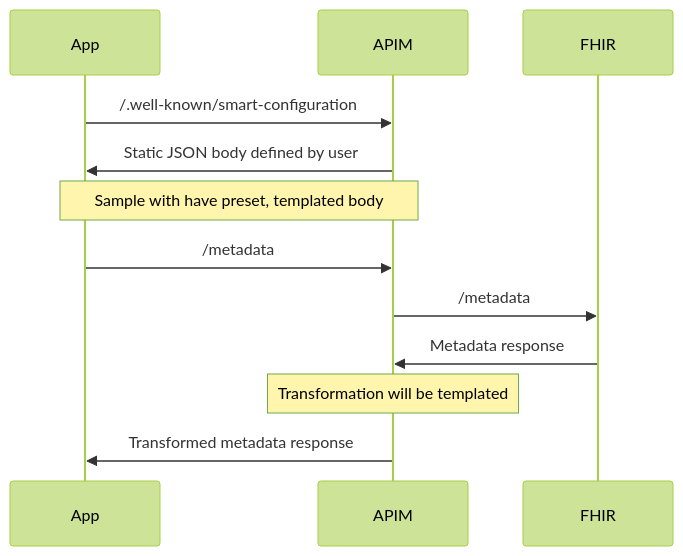
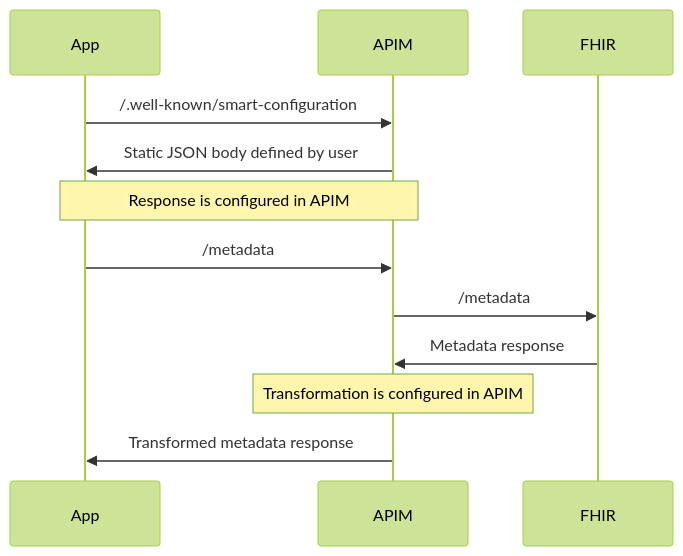
The first of 4 diagrams in samples/smart/docs/technical-guide.md (microsoft/fhir-server), drawn with Mermaid (forest theme) before and after one commit. The commit also changed other lines of this file and 8 other files, not shown here.

````diff
--- a/samples/smart/docs/technical-guide.md
+++ b/samples/smart/docs/technical-guide.md
@@ -41,14 +45,14 @@
 ```mermaid
   sequenceDiagram
     participant App
     participant APIM
     participant FHIR
     App ->> APIM: /.well-known/smart-configuration
     APIM ->> App: Static JSON body defined by user
-    note over App, APIM: Sample with have preset, templated body
+    note over App, APIM: Response is configured in APIM
     App ->> APIM: /metadata
     APIM ->> FHIR: /metadata
     FHIR ->> APIM: Metadata response
-    note over APIM: Transformation will be templated
+    note over APIM: Transformation is configured in APIM
     APIM ->> App: Transformed metadata response
 ```
````
